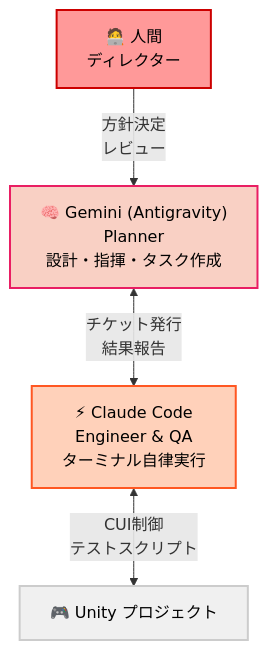
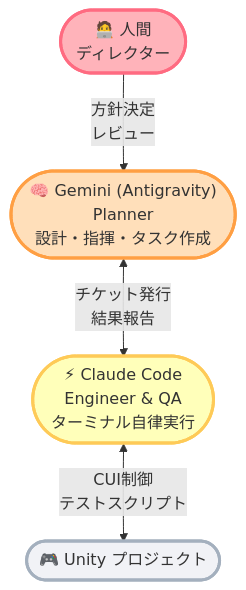
Before and after one commit to HarukiMitsui/Clio: the first of 3 diagrams in articles/wisdom-post-mortem.md, drawn with Mermaid. The commit also changed other lines of this file and 1 other file, not shown here.

Commit message:
fix: resolve mermaid syntax error and apply pop style to diagrams

````diff
--- a/articles/wisdom-post-mortem.md
+++ b/articles/wisdom-post-mortem.md
@@ -19,11 +19,11 @@
 ```mermaid
-graph TD
-    classDef human fill:#ff9999,stroke:#cc0000,stroke-width:2px,color:#000
-    classDef gemini fill:#f9d0c4,stroke:#e91e63,stroke-width:2px,color:#000
-    classDef claude fill:#ffd1ba,stroke:#ff5722,stroke-width:2px,color:#000
-    classDef env fill:#f0f0f0,stroke:#cccccc,stroke-width:2px,color:#000
+flowchart TD
+    classDef human fill:#ffb3ba,stroke:#ff6b81,stroke-width:3px,color:#333
+    classDef gemini fill:#ffdfba,stroke:#ff9f43,stroke-width:3px,color:#333
+    classDef claude fill:#ffffba,stroke:#feca57,stroke-width:3px,color:#333
+    classDef env fill:#f1f2f6,stroke:#a4b0be,stroke-width:3px,color:#333
 
-    H["🧑‍💻 人間<br/>ディレクター"]:::human -->|方針決定<br/>レビュー| G["🧠 Gemini (Antigravity)<br/>Planner<br/>設計・指揮・タスク作成"]:::gemini
-    G <-->|チケット発行<br/>結果報告| C["⚡ Claude Code<br/>Engineer & QA<br/>ターミナル自律実行"]:::claude
-    C <-->|CUI制御<br/>テストスクリプト| U["🎮 Unity プロジェクト"]:::env
+    H(["🧑‍💻 人間<br/>ディレクター"]):::human -->|方針決定<br/>レビュー| G(["🧠 Gemini (Antigravity)<br/>Planner<br/>設計・指揮・タスク作成"]):::gemini
+    G <-->|チケット発行<br/>結果報告| C(["⚡ Claude Code<br/>Engineer & QA<br/>ターミナル自律実行"]):::claude
+    C <-->|CUI制御<br/>テストスクリプト| U(["🎮 Unity プロジェクト"]):::env
 ```
````
